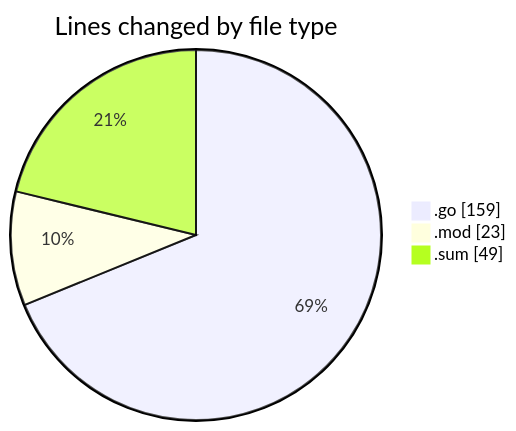
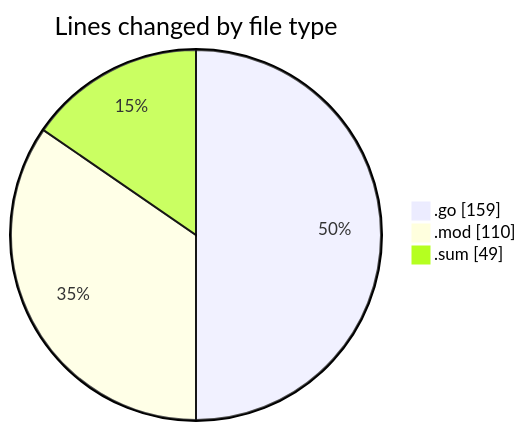
Before and after one commit to Ritupan-Deka/code-tracking: the first of 2 diagrams in 2025-11-01/backend/README.md, drawn with Mermaid. The commit also changed other lines of this file and 1 other file, not shown here.

````diff
--- a/2025-11-01/backend/README.md
+++ b/2025-11-01/backend/README.md
@@ -25,7 +25,7 @@
 ```mermaid
 pie showData
 title Lines changed by file type
 ".go" : 159
-".mod" : 23
+".mod" : 110
 ".sum" : 49
 ```
````
